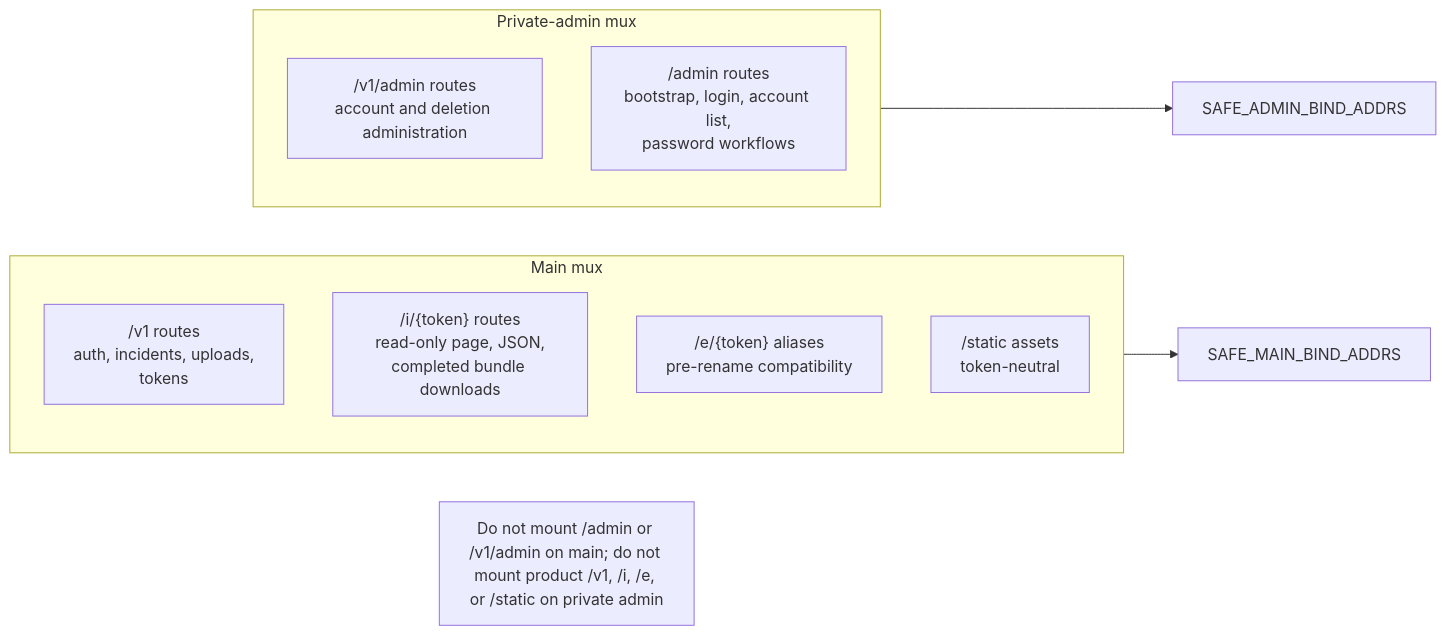
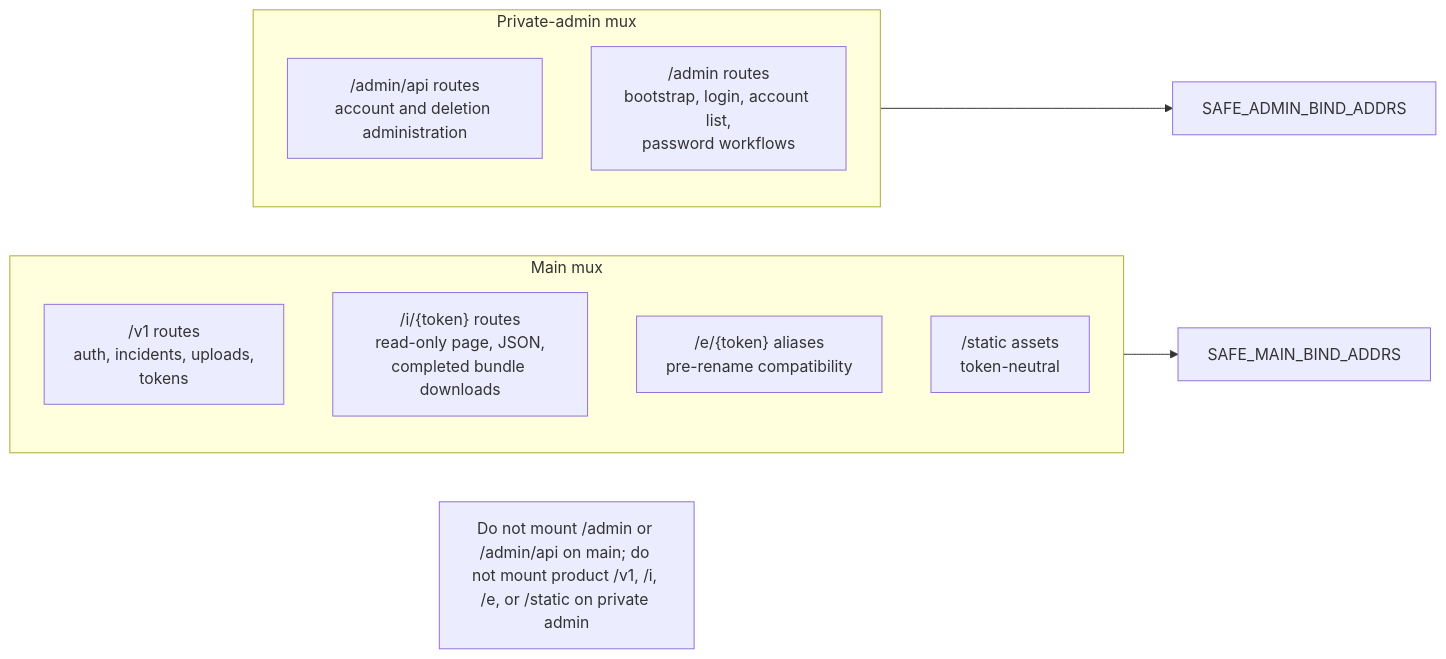
The fourth of 4 diagrams in docs/architecture.md (TheSilkky/safety-recorder), drawn with Mermaid before and after one commit. The commit also changed other lines of this file and 42 other files, not shown here.

Commit message:
Rename private admin JSON namespace (#313)

````diff
--- a/docs/architecture.md
+++ b/docs/architecture.md
@@ -188,19 +188,19 @@
 ```mermaid
 flowchart LR
     subgraph MainMux["Main mux"]
         V1["/v1 routes<br/>auth, incidents, uploads,<br/>tokens"]
         Viewer["/i/{token} routes<br/>read-only page, JSON,<br/>completed bundle downloads"]
         LegacyViewer["/e/{token} aliases<br/>pre-rename compatibility"]
         Static["/static assets<br/>token-neutral"]
     end
 
     subgraph AdminMux["Private-admin mux"]
-        AdminAPI["/v1/admin routes<br/>account and deletion administration"]
+        AdminAPI["/admin/api routes<br/>account and deletion administration"]
         AdminWeb["/admin routes<br/>bootstrap, login, account list,<br/>password workflows"]
     end
 
     MainMux --> MainBind["SAFE_MAIN_BIND_ADDRS"]
     AdminMux --> AdminBind["SAFE_ADMIN_BIND_ADDRS"]
 
-    Warning["Do not mount /admin or /v1/admin on main; do not mount product /v1, /i, /e, or /static on private admin"]
+    Warning["Do not mount /admin or /admin/api on main; do not mount product /v1, /i, /e, or /static on private admin"]
 ```
````
